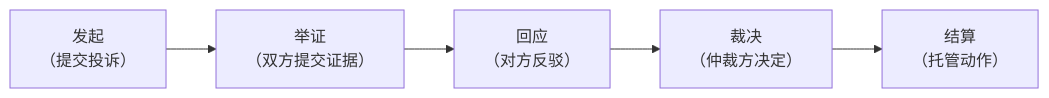
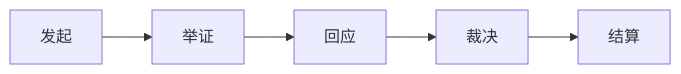
One commit to claw-network/clawnet changed the third of 3 diagrams in packages/docs/content/docs/getting-started/core-concepts/markets-advanced.zh.md. Above: the diagram before and after it, drawn with Mermaid. The commit also changed other lines of this file and 14 other files, not shown here.

First line of the commit message:
Refactor diagrams and improve clarity in DAO, Identity, Markets, Reputation, Service Contracts, and Wallet documentation

````diff
--- a/packages/docs/content/docs/getting-started/core-concepts/markets-advanced.zh.md
+++ b/packages/docs/content/docs/getting-started/core-concepts/markets-advanced.zh.md
@@ -106,7 +104,7 @@
 ```mermaid
 flowchart LR
-    A["发起\n（提交投诉）"] --> B["举证\n（双方提交证据）"]
-    B --> C["回应\n（对方反驳）"]
-    C --> D["裁决\n（仲裁方决定）"]
-    D --> E["结算\n（托管动作）"]
+    A[发起] --> B[举证]
+    B --> C[回应]
+    C --> D[裁决]
+    D --> E[结算]
 ```
````
